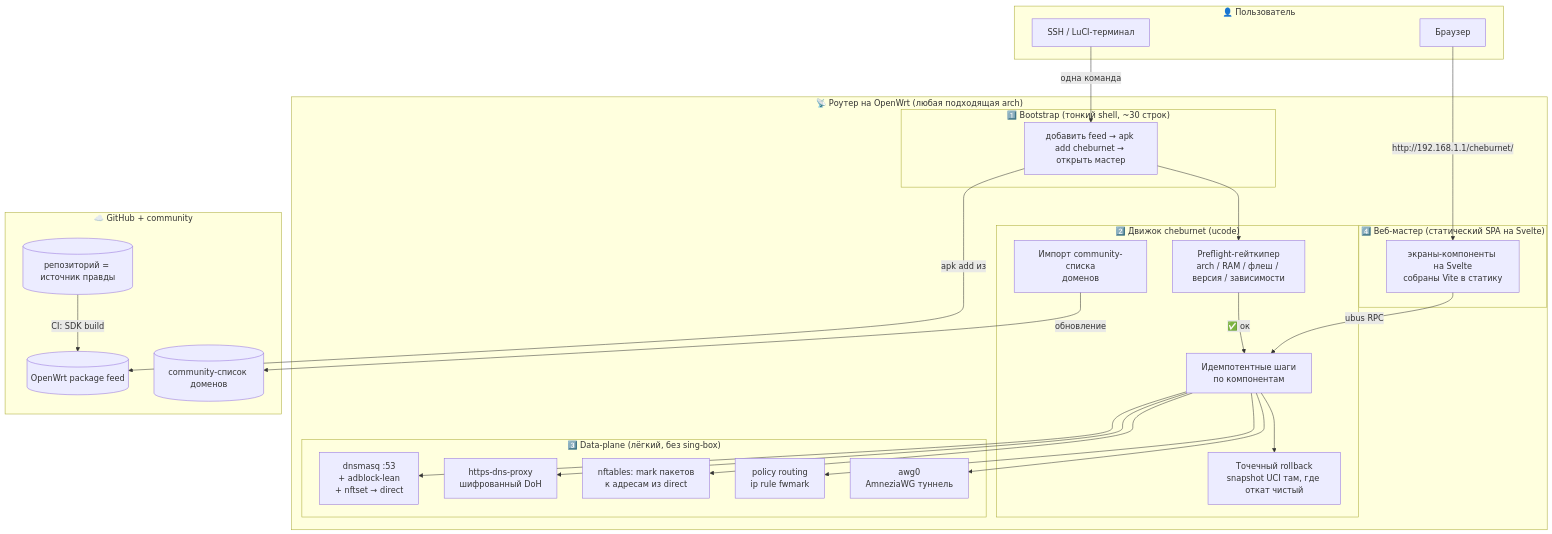
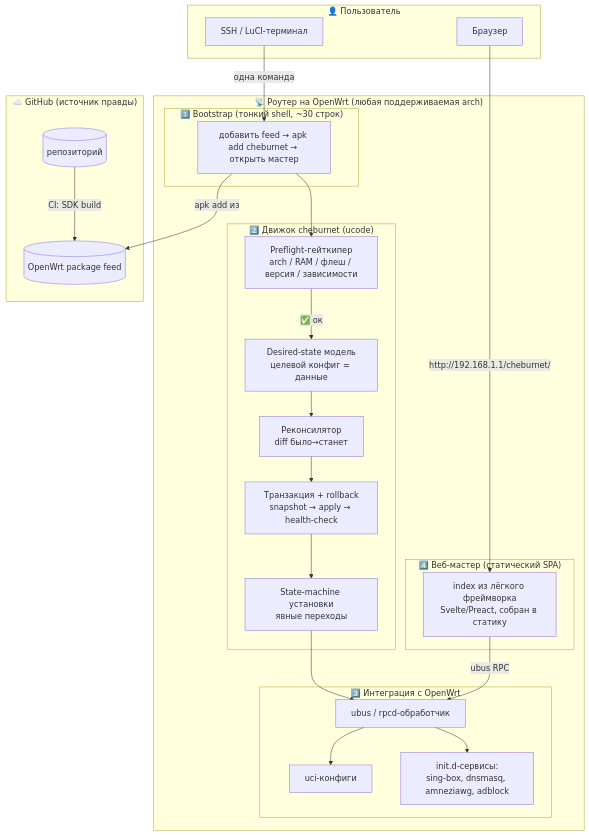
The first of 5 diagrams in docs/architecture-v2.md (andreiyurik/cheburnet-router), drawn with Mermaid before and after one commit. The commit also changed other lines of this file, not shown here.

Commit message:
docs(architecture): переработка и сокращение architecture-v2.md

````diff
--- a/docs/architecture-v2.md
+++ b/docs/architecture-v2.md
@@ -46,49 +40,47 @@
 ```mermaid
 flowchart TB
     subgraph User["👤 Пользователь"]
         browser[Браузер]
         ssh[SSH / LuCI-терминал]
     end
 
-    subgraph Router["📡 Роутер на OpenWrt (любая подходящая arch)"]
+    subgraph Router["📡 Роутер на OpenWrt (любая поддерживаемая arch)"]
         subgraph L1["1️⃣ Bootstrap (тонкий shell, ~30 строк)"]
             boot[добавить feed → apk add cheburnet → открыть мастер]
         end
 
         subgraph L2["2️⃣ Движок cheburnet (ucode)"]
             preflight[Preflight-гейткипер<br/>arch / RAM / флеш / версия / зависимости]
-            steps[Идемпотентные шаги<br/>по компонентам]
-            rollback[Точечный rollback<br/>snapshot UCI там, где откат чистый]
-            list[Импорт community-списка<br/>доменов]
+            desired[Desired-state модель<br/>целевой конфиг = данные]
+            reconcile[Реконсилятор<br/>diff было→станет]
+            tx[Транзакция + rollback<br/>snapshot → apply → health-check]
+            statemachine[State-machine установки<br/>явные переходы]
         end
 
-        subgraph L3["3️⃣ Data-plane (лёгкий, без sing-box)"]
-            dnsmasq[dnsmasq :53<br/>+ adblock-lean<br/>+ nftset → direct]
-            doh[https-dns-proxy<br/>шифрованный DoH]
-            nft[nftables: mark пакетов<br/>к адресам из direct]
-            iprule[policy routing<br/>ip rule fwmark]
-            awg0[awg0<br/>AmneziaWG туннель]
+        subgraph L3["3️⃣ Интеграция с OpenWrt"]
+            ubus[ubus / rpcd-обработчик]
+            uci[uci-конфиги]
+            services[init.d-сервисы:<br/>sing-box, dnsmasq, amneziawg, adblock]
         end
 
-        subgraph L4["4️⃣ Веб-мастер (статический SPA на Svelte)"]
-            wizard[экраны-компоненты на Svelte<br/>собраны Vite в статику]
+        subgraph L4["4️⃣ Веб-мастер (статический SPA)"]
+            wizard[index из лёгкого фреймворка<br/>Svelte/Preact, собран в статику]
         end
     end
 
-    subgraph Cloud["☁️ GitHub + community"]
-        repo[(репозиторий = источник правды)]
+    subgraph CI["☁️ GitHub (источник правды)"]
+        repo[(репозиторий)]
         feed[(OpenWrt package feed)]
-        rulelist[(community-список доменов)]
     end
 
     ssh -->|одна команда| boot
     boot -->|apk add из| feed
     boot --> preflight
-    preflight -->|✅ ок| steps
-    steps --> rollback
-    list -->|обновление| rulelist
-    steps --> dnsmasq & doh & nft & iprule & awg0
+    preflight -->|✅ ок| desired
+    desired --> reconcile --> tx --> statemachine
+    statemachine --> ubus
+    ubus --> uci & services
     browser -->|http://192.168.1.1/cheburnet/| wizard
-    wizard -->|ubus RPC| steps
+    wizard -->|ubus RPC| ubus
     repo -->|CI: SDK build| feed
 ```
````
